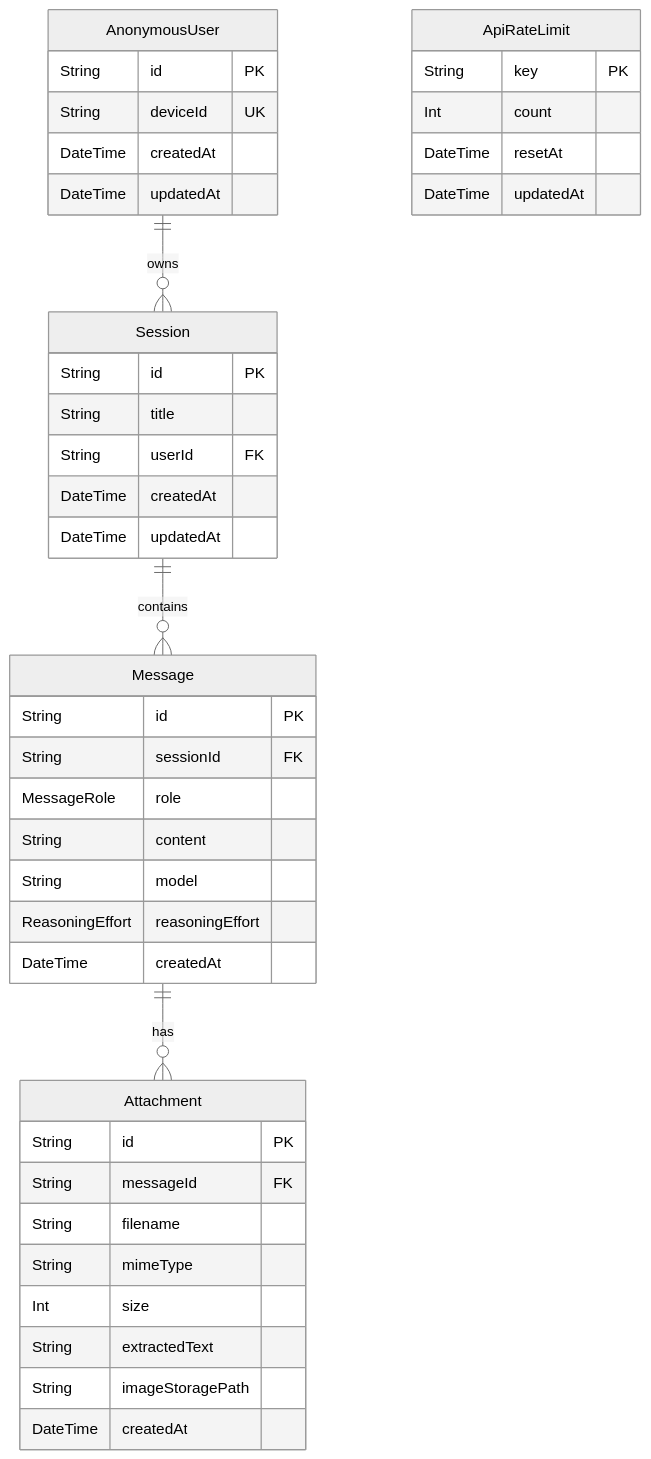
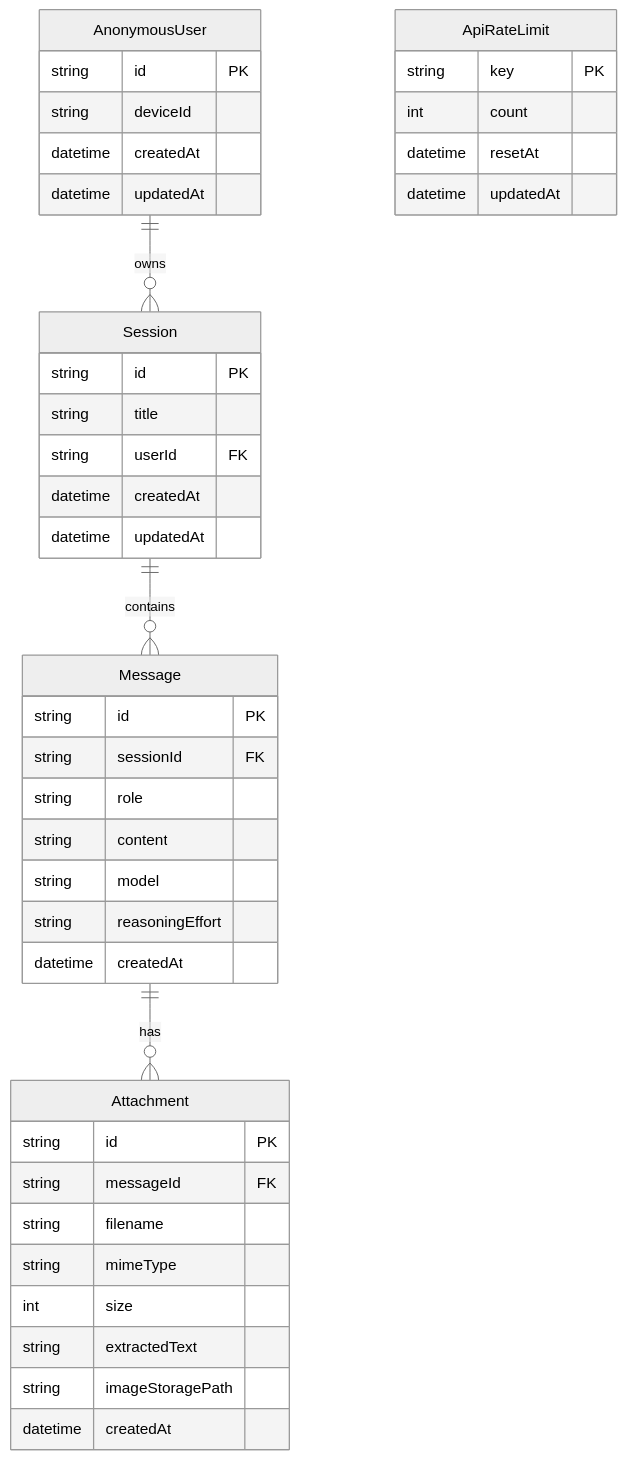
Before and after one commit to kakumine2001/NoteFable: the diagram in docs/architecture/database.md, drawn with Mermaid (neutral theme). The commit also changed 6 other files, not shown here.

Commit message:
docs: consolidate architecture overview and harden Mermaid

````diff
--- a/docs/architecture/database.md
+++ b/docs/architecture/database.md
@@ -48,49 +48,49 @@
 ```mermaid
 erDiagram
-  AnonymousUser ||--o{ Session : owns
-  Session ||--o{ Message : contains
-  Message ||--o{ Attachment : has
+    AnonymousUser ||--o{ Session : owns
+    Session ||--o{ Message : contains
+    Message ||--o{ Attachment : has
 
-  AnonymousUser {
-    String id PK
-    String deviceId UK
-    DateTime createdAt
-    DateTime updatedAt
-  }
+    AnonymousUser {
+        string id PK
+        string deviceId
+        datetime createdAt
+        datetime updatedAt
+    }
 
-  Session {
-    String id PK
-    String title
-    String userId FK
-    DateTime createdAt
-    DateTime updatedAt
-  }
+    Session {
+        string id PK
+        string title
+        string userId FK
+        datetime createdAt
+        datetime updatedAt
+    }
 
-  Message {
-    String id PK
-    String sessionId FK
-    MessageRole role
-    String content
-    String model
-    ReasoningEffort reasoningEffort
-    DateTime createdAt
-  }
+    Message {
+        string id PK
+        string sessionId FK
+        string role
+        string content
+        string model
+        string reasoningEffort
+        datetime createdAt
+    }
 
-  Attachment {
-    String id PK
-    String messageId FK
-    String filename
-    String mimeType
-    Int size
-    String extractedText
-    String imageStoragePath
-    DateTime createdAt
-  }
+    Attachment {
+        string id PK
+        string messageId FK
+        string filename
+        string mimeType
+        int size
+        string extractedText
+        string imageStoragePath
+        datetime createdAt
+    }
 
-  ApiRateLimit {
-    String key PK
-    Int count
-    DateTime resetAt
-    DateTime updatedAt
-  }
+    ApiRateLimit {
+        string key PK
+        int count
+        datetime resetAt
+        datetime updatedAt
+    }
 ```
````
